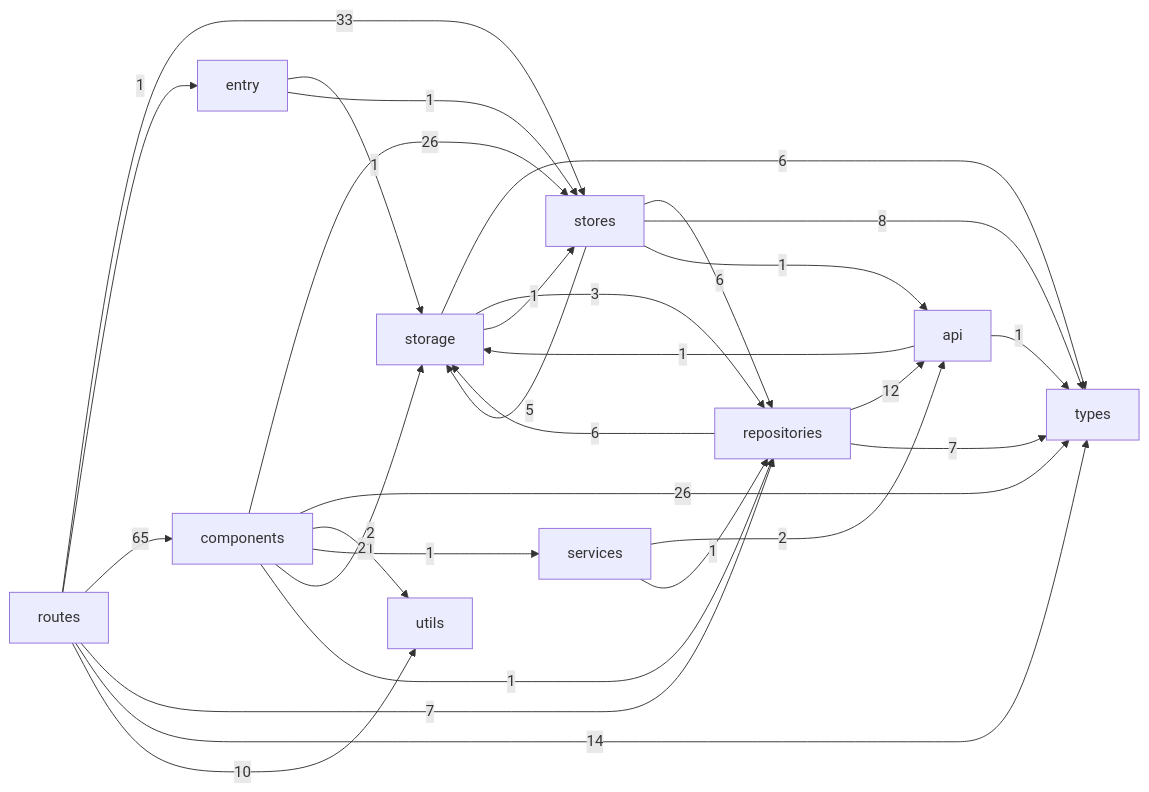
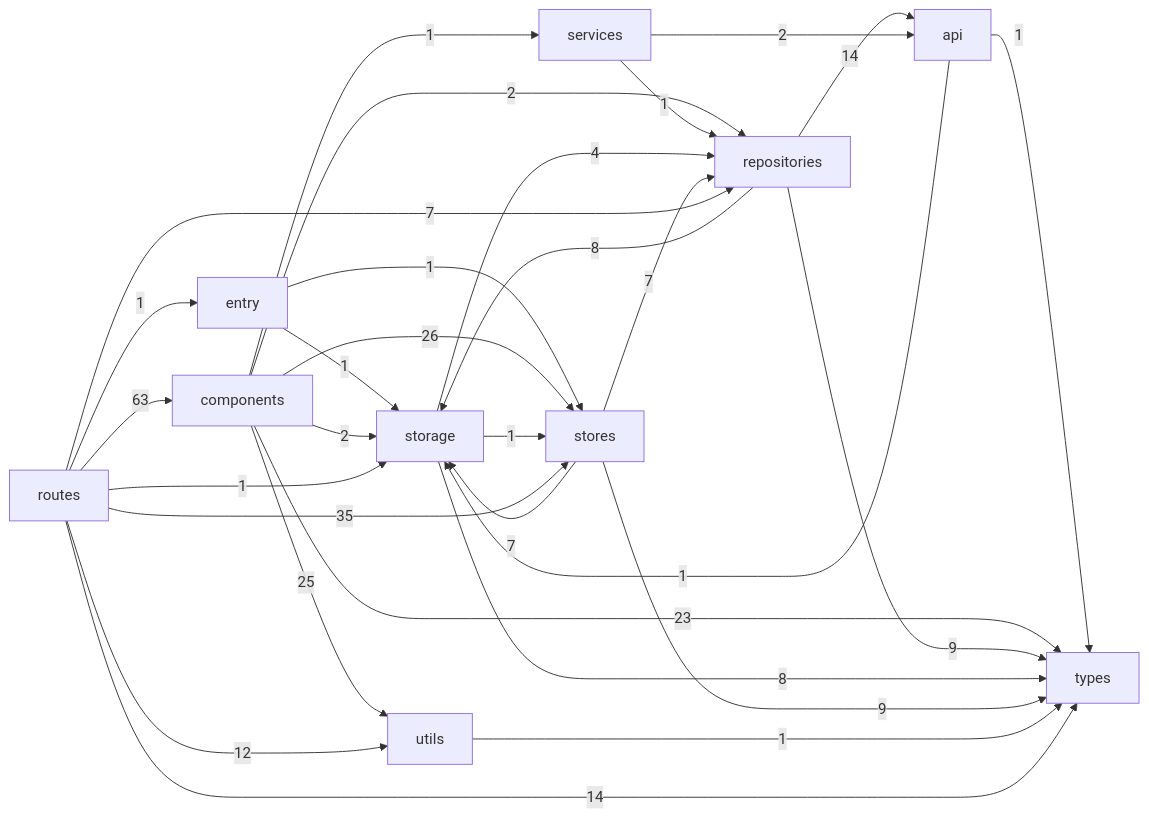
One commit to surajfale/notes-tasks changed the second of 2 diagrams in docs/CODEBASE_GRAPH.md. Above: the diagram before and after it, drawn with Mermaid. The commit also changed other lines of this file and 36 other files, not shown here.

````diff
--- a/docs/CODEBASE_GRAPH.md
+++ b/docs/CODEBASE_GRAPH.md
@@ -49,31 +55,32 @@
 ```mermaid
 flowchart LR
     entry["entry"] -->|1| storage["storage"]
     entry["entry"] -->|1| stores["stores"]
     api["api"] -->|1| storage["storage"]
     api["api"] -->|1| types["types"]
     components["components"] -->|26| stores["stores"]
-    components["components"] -->|26| types["types"]
-    components["components"] -->|21| utils["utils"]
+    components["components"] -->|23| types["types"]
+    components["components"] -->|25| utils["utils"]
+    components["components"] -->|2| repositories["repositories"]
     components["components"] -->|1| services["services"]
     components["components"] -->|2| storage["storage"]
-    components["components"] -->|1| repositories["repositories"]
-    repositories["repositories"] -->|12| api["api"]
-    repositories["repositories"] -->|7| types["types"]
-    repositories["repositories"] -->|6| storage["storage"]
+    repositories["repositories"] -->|14| api["api"]
+    repositories["repositories"] -->|9| types["types"]
+    repositories["repositories"] -->|8| storage["storage"]
     services["services"] -->|2| api["api"]
     services["services"] -->|1| repositories["repositories"]
-    storage["storage"] -->|6| types["types"]
-    storage["storage"] -->|3| repositories["repositories"]
+    storage["storage"] -->|8| types["types"]
+    storage["storage"] -->|4| repositories["repositories"]
     storage["storage"] -->|1| stores["stores"]
-    stores["stores"] -->|6| repositories["repositories"]
-    stores["stores"] -->|5| storage["storage"]
-    stores["stores"] -->|8| types["types"]
-    stores["stores"] -->|1| api["api"]
-    routes["routes"] -->|33| stores["stores"]
+    stores["stores"] -->|7| repositories["repositories"]
+    stores["stores"] -->|7| storage["storage"]
+    stores["stores"] -->|9| types["types"]
+    utils["utils"] -->|1| types["types"]
+    routes["routes"] -->|35| stores["stores"]
     routes["routes"] -->|1| entry["entry"]
-    routes["routes"] -->|65| components["components"]
+    routes["routes"] -->|63| components["components"]
     routes["routes"] -->|7| repositories["repositories"]
     routes["routes"] -->|14| types["types"]
-    routes["routes"] -->|10| utils["utils"]
+    routes["routes"] -->|12| utils["utils"]
+    routes["routes"] -->|1| storage["storage"]
 ```
````
